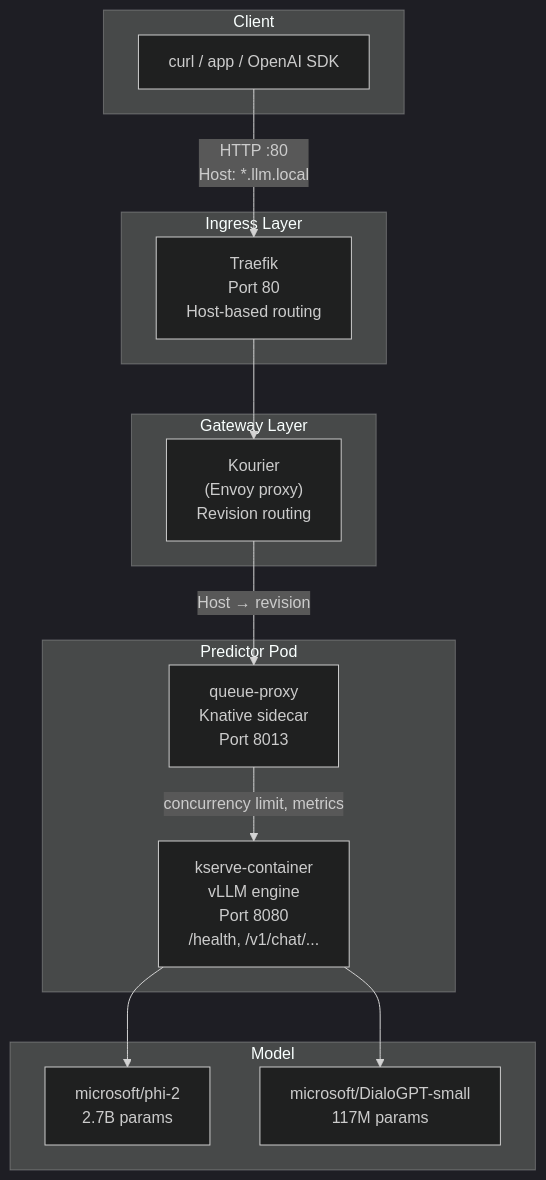
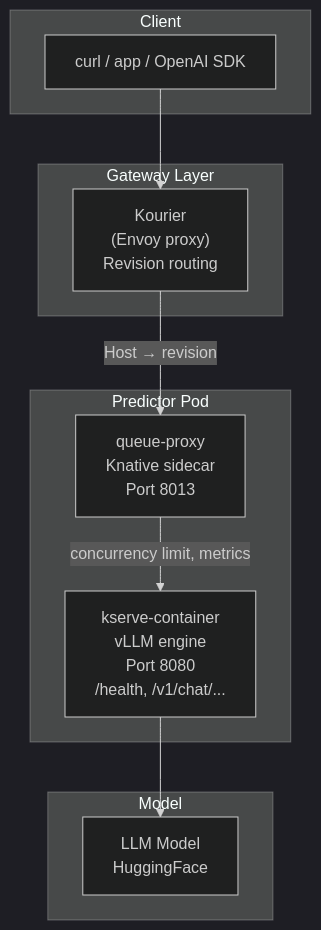
One commit to Dericko681/local-model-deployment changed the first of 5 diagrams in docs/architecture.md. Above: the diagram before and after it, drawn with Mermaid (dark theme). The commit also changed other lines of this file and 7 other files, not shown here.

````diff
--- a/docs/architecture.md
+++ b/docs/architecture.md
@@ -17,31 +16,24 @@
 ```mermaid
 flowchart TB
     subgraph Client["Client"]
         C["curl / app / OpenAI SDK"]
-    end
-
-    subgraph Ingress["Ingress Layer"]
-        T["Traefik<br/>Port 80<br/>Host-based routing"]
     end
 
     subgraph Gateway["Gateway Layer"]
         K["Kourier<br/>(Envoy proxy)<br/>Revision routing"]
     end
 
     subgraph Pod["Predictor Pod"]
         QP["queue-proxy<br/>Knative sidecar<br/>Port 8013"]
         V["kserve-container<br/>vLLM engine<br/>Port 8080<br/>/health, /v1/chat/..."]
     end
 
     subgraph Model["Model"]
-        M1["microsoft/phi-2<br/>2.7B params"]
-        M2["microsoft/DialoGPT-small<br/>117M params"]
+        M["LLM Model<br/>HuggingFace"]
     end
 
-    C -->|"HTTP :80<br/>Host: *.llm.local"| T
-    T --> K
+    C --> K
     K -->|"Host → revision"| QP
     QP -->|"concurrency limit, metrics"| V
-    V --> M1
-    V --> M2
+    V --> M
 ```
````
